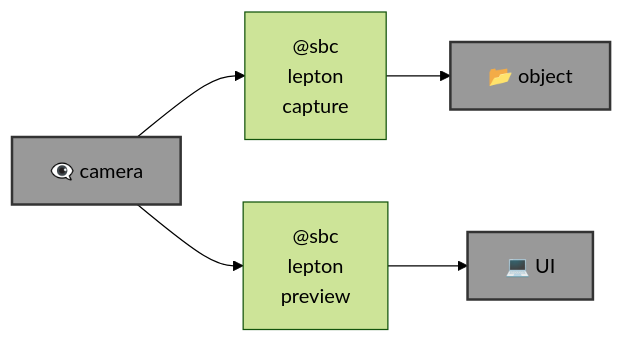
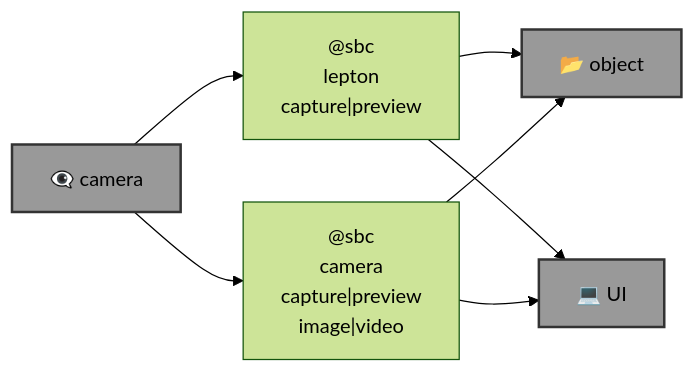
Before and after one commit to kamangir/eye: the diagram in README.md, drawn with Mermaid (forest theme). The commit also changed other lines of this file and 4 other files, not shown here.

````diff
--- a/README.md
+++ b/README.md
@@ -13,18 +13,21 @@
 ```mermaid
 graph LR
 
-    lepton_capture["@sbc<br>lepton<br>capture"]
-    lepton_preview["@sbc<br>lepton<br>preview"]
+    lepton["@sbc<br>lepton<br>capture|preview"]
+
+    camera["@sbc<br>camera<br>capture|preview<br>image|video"]
 
     object["📂 object"]:::folder
-    camera["👁️‍🗨️ camera"]:::folder
+    camera_hardware["👁️‍🗨️ camera"]:::folder
     UI["💻 UI"]:::folder
 
-    camera --> lepton_capture
-    lepton_capture --> object
+    camera_hardware --> lepton
+    lepton --> object
+    lepton --> UI
 
-    camera --> lepton_preview
-    lepton_preview --> UI
+    camera_hardware --> camera
+    camera --> object
+    camera --> UI
 
     classDef folder fill:#999,stroke:#333,stroke-width:2px;
 ```
````
